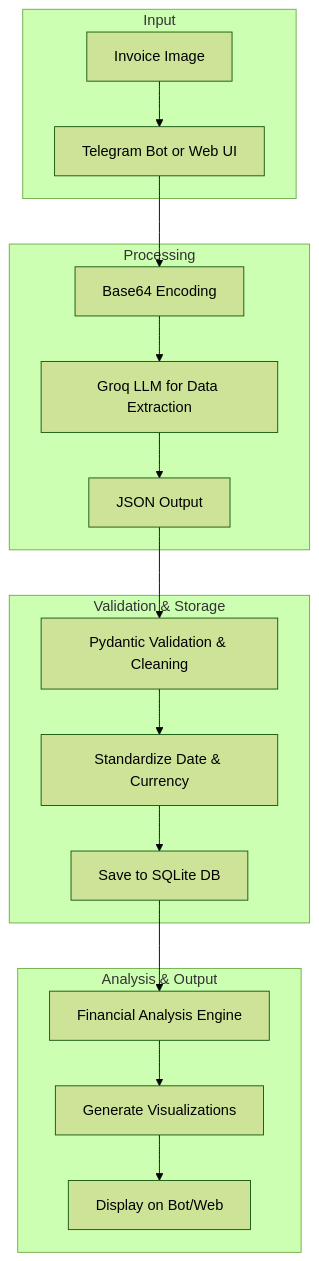
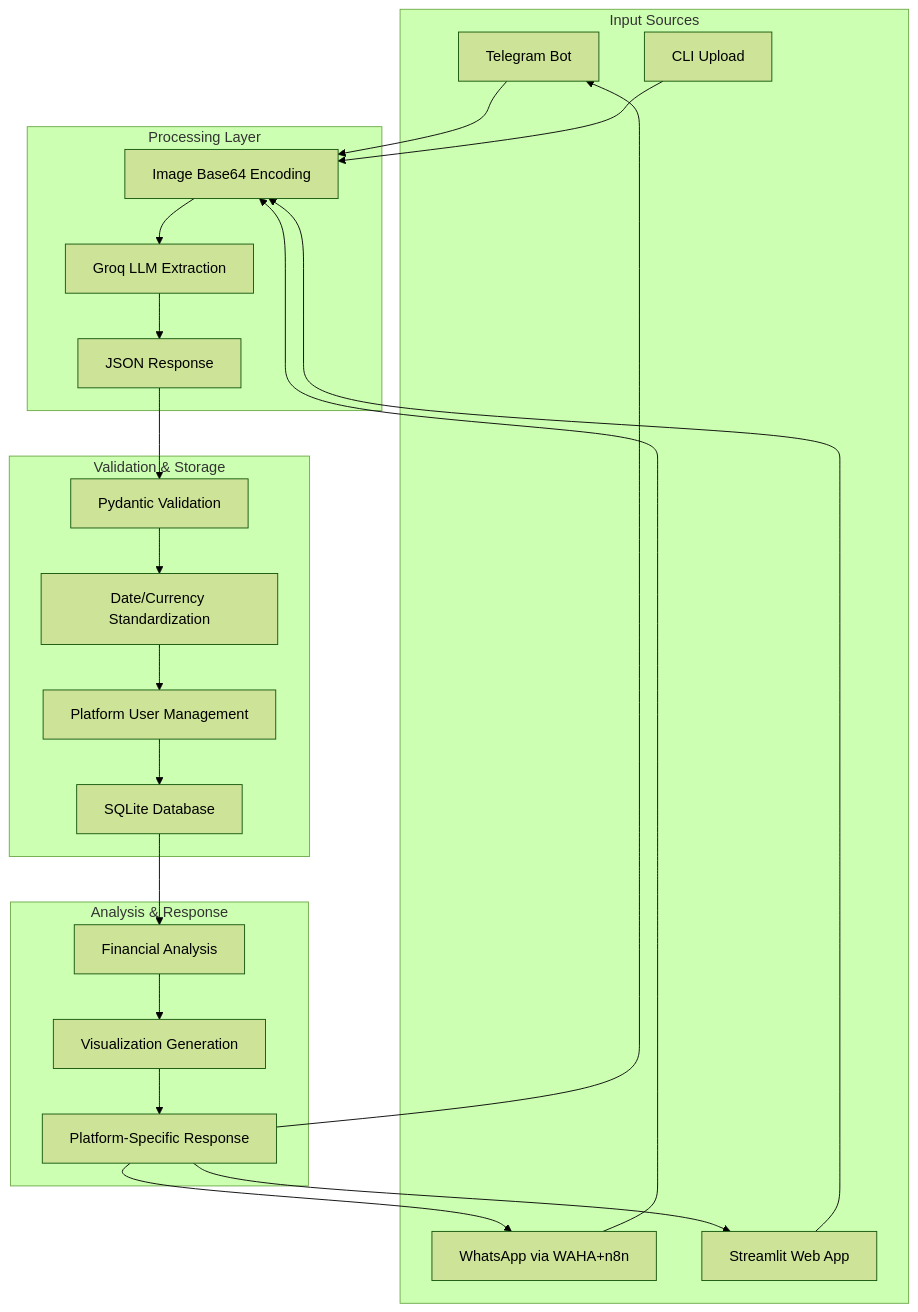
One commit to daruoktab/hackathon changed the second of 2 diagrams in README.md. Above: the diagram before and after it, drawn with Mermaid (forest theme). The commit also changed other lines of this file and 22 other files, not shown here.

First line of the commit message:
feat: implement WhatsApp bot integration with WAHA and n8n

````diff
--- a/README.md
+++ b/README.md
@@ -161,15 +296,40 @@
 ```mermaid
 graph TD
-    subgraph "Input"
-        A[Invoice Image] --> B[Telegram Bot or Web UI]
+    subgraph "Input Sources"
+        A[Telegram Bot] 
+        B[WhatsApp via WAHA+n8n]
+        C[Streamlit Web App]
+        D[CLI Upload]
     end
-    subgraph "Processing"
-        B --> C[Base64 Encoding] --> D[Groq LLM for Data Extraction] --> E[JSON Output]
+    
+    subgraph "Processing Layer"
+        E[Image Base64 Encoding]
+        F[Groq LLM Extraction]
+        G[JSON Response]
     end
+    
     subgraph "Validation & Storage"
-        E --> F[Pydantic Validation & Cleaning] --> G[Standardize Date & Currency] --> H[Save to SQLite DB]
+        H[Pydantic Validation]
+        I[Date/Currency Standardization]
+        J[Platform User Management]
+        K[SQLite Database]
     end
-    subgraph "Analysis & Output"
-        H --> I[Financial Analysis Engine] --> J[Generate Visualizations] --> K[Display on Bot/Web]
+    
+    subgraph "Analysis & Response"
+        L[Financial Analysis]
+        M[Visualization Generation]
+        N[Platform-Specific Response]
     end
+    
+    A --> E
+    B --> E
+    C --> E
+    D --> E
+    
+    E --> F --> G --> H --> I --> J --> K
+    K --> L --> M --> N
+    
+    N --> A
+    N --> B
+    N --> C
 ```
````
